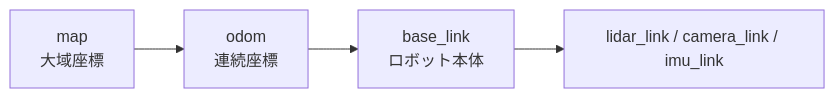
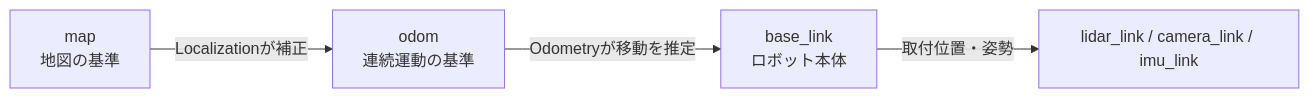
The third of 14 diagrams in ros2-slam-navigation-learning/COURSE_SOURCE.md (kurima-san/ros2-materials), drawn with Mermaid before and after one commit. The commit also changed other lines of this file and 7 other files, not shown here.

````diff
--- a/ros2-slam-navigation-learning/COURSE_SOURCE.md
+++ b/ros2-slam-navigation-learning/COURSE_SOURCE.md
@@ -169,6 +183,6 @@
 ```mermaid
 flowchart LR
-    MAP["map<br/>大域座標"] --> ODOM["odom<br/>連続座標"]
-    ODOM --> BASE["base_link<br/>ロボット本体"]
-    BASE --> SENSOR["lidar_link / camera_link / imu_link"]
+    MAP["map<br/>地図の基準"] -->|"Localizationが補正"| ODOM["odom<br/>連続運動の基準"]
+    ODOM -->|"Odometryが移動を推定"| BASE["base_link<br/>ロボット本体"]
+    BASE -->|"取付位置・姿勢"| SENSOR["lidar_link / camera_link / imu_link"]
 ```
````
